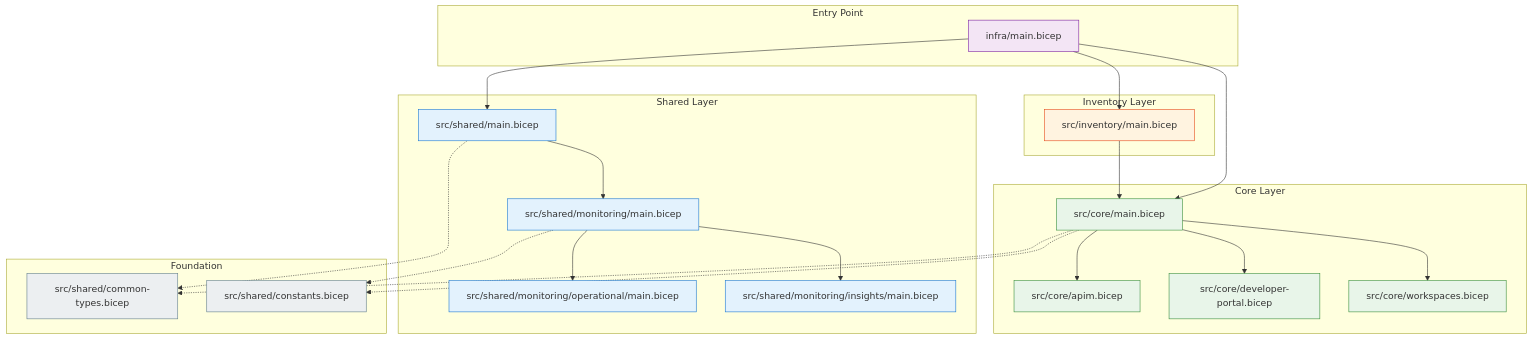
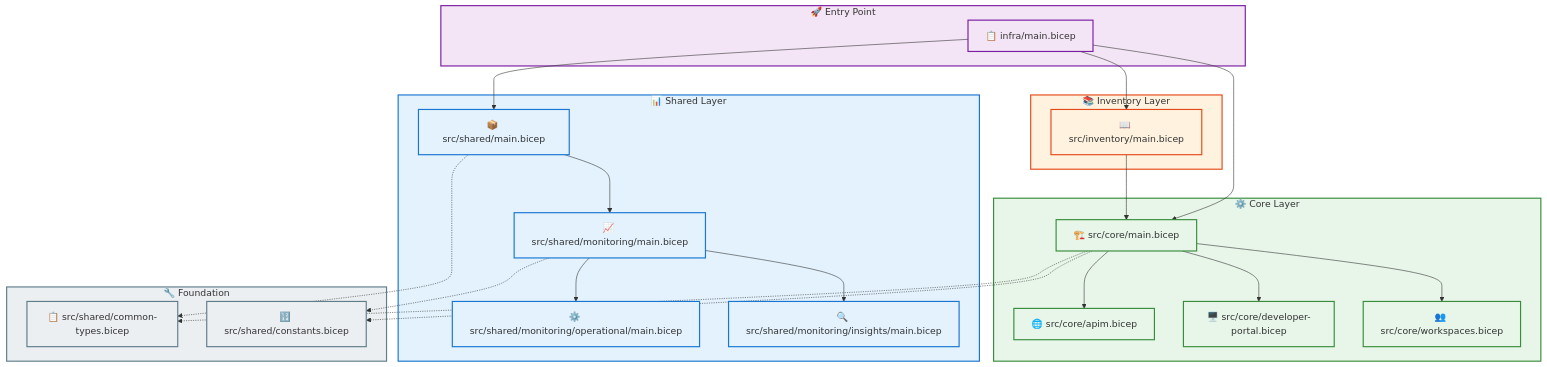
Before and after one commit to Evilazaro/APIM-Accelerator: the fourth of 6 diagrams in docs/architecture/Application_Architecture_Document_v2.md, drawn with Mermaid. The commit also changed other lines of this file and 1 other file, not shown here.

Commit message:
Enhance architecture documents with improved icons and formatting for clarity and visual appeal

````diff
--- a/docs/architecture/Application_Architecture_Document_v2.md
+++ b/docs/architecture/Application_Architecture_Document_v2.md
@@ -320,61 +320,78 @@
 ```mermaid
-graph TD
-    subgraph "Entry Point"
-        A[infra/main.bicep]
+%%{init: {"flowchart": {"htmlLabels": false}} }%%
+flowchart TD
+    %% ============================================
+    %% COLOR SCHEME DOCUMENTATION
+    %% ============================================
+    %% Entry Point: Purple (#F3E5F5) - Orchestration
+    %% Shared Layer: Blue (#E3F2FD) - Infrastructure
+    %% Core Layer: Green (#E8F5E9) - Platform
+    %% Inventory: Orange (#FFF3E0) - Governance
+    %% Foundation: Grey (#ECEFF1) - Utilities
+    %% ============================================
+
+    subgraph entryPoint["🚀 Entry Point"]
+        A["📋 infra/main.bicep"]
     end
 
-    subgraph "Shared Layer"
-        B[src/shared/main.bicep]
-        C[src/shared/monitoring/main.bicep]
-        D[src/shared/monitoring/operational/main.bicep]
-        E[src/shared/monitoring/insights/main.bicep]
+    subgraph sharedLayer["📊 Shared Layer"]
+        B["📦 src/shared/main.bicep"]
+        C["📈 src/shared/monitoring/main.bicep"]
+        D["⚙️ src/shared/monitoring/operational/main.bicep"]
+        E["🔍 src/shared/monitoring/insights/main.bicep"]
     end
 
-    subgraph "Core Layer"
-        F[src/core/main.bicep]
-        G[src/core/apim.bicep]
-        H[src/core/developer-portal.bicep]
-        I[src/core/workspaces.bicep]
+    subgraph coreLayer["⚙️ Core Layer"]
+        F["🏗️ src/core/main.bicep"]
+        G["🌐 src/core/apim.bicep"]
+        H["🖥️ src/core/developer-portal.bicep"]
+        I["👥 src/core/workspaces.bicep"]
     end
 
-    subgraph "Inventory Layer"
-        J[src/inventory/main.bicep]
+    subgraph inventoryLayer["📚 Inventory Layer"]
+        J["📖 src/inventory/main.bicep"]
     end
 
-    subgraph "Foundation"
-        K[src/shared/common-types.bicep]
-        L[src/shared/constants.bicep]
+    subgraph foundation["🔧 Foundation"]
+        K["📋 src/shared/common-types.bicep"]
+        L["🔢 src/shared/constants.bicep"]
     end
 
     A --> B
     A --> F
     A --> J
 
     B --> C
     C --> D
     C --> E
 
     F --> G
     F --> H
     F --> I
 
     J --> F
 
     F -.-> K
     F -.-> L
     B -.-> K
     C -.-> L
 
-    style A fill:#F3E5F5,stroke:#7B1FA2
-    style B fill:#E3F2FD,stroke:#1976D2
-    style C fill:#E3F2FD,stroke:#1976D2
-    style D fill:#E3F2FD,stroke:#1976D2
-    style E fill:#E3F2FD,stroke:#1976D2
-    style F fill:#E8F5E9,stroke:#388E3C
-    style G fill:#E8F5E9,stroke:#388E3C
-    style H fill:#E8F5E9,stroke:#388E3C
-    style I fill:#E8F5E9,stroke:#388E3C
-    style J fill:#FFF3E0,stroke:#E64A19
-    style K fill:#ECEFF1,stroke:#607D8B
-    style L fill:#ECEFF1,stroke:#607D8B
+    style entryPoint fill:#F3E5F5,stroke:#7B1FA2,stroke-width:2px
+    style sharedLayer fill:#E3F2FD,stroke:#1976D2,stroke-width:2px
+    style coreLayer fill:#E8F5E9,stroke:#388E3C,stroke-width:2px
+    style inventoryLayer fill:#FFF3E0,stroke:#E64A19,stroke-width:2px
+    style foundation fill:#ECEFF1,stroke:#607D8B,stroke-width:2px
+
+    style A fill:#F3E5F5,stroke:#7B1FA2,stroke-width:2px
+    style B fill:#E3F2FD,stroke:#1976D2,stroke-width:2px
+    style C fill:#E3F2FD,stroke:#1976D2,stroke-width:2px
+    style D fill:#E3F2FD,stroke:#1976D2,stroke-width:2px
+    style E fill:#E3F2FD,stroke:#1976D2,stroke-width:2px
+    style F fill:#E8F5E9,stroke:#388E3C,stroke-width:2px
+    style G fill:#E8F5E9,stroke:#388E3C,stroke-width:2px
+    style H fill:#E8F5E9,stroke:#388E3C,stroke-width:2px
+    style I fill:#E8F5E9,stroke:#388E3C,stroke-width:2px
+    style J fill:#FFF3E0,stroke:#E64A19,stroke-width:2px
+    style K fill:#ECEFF1,stroke:#607D8B,stroke-width:2px
+    style L fill:#ECEFF1,stroke:#607D8B,stroke-width:2px
 ```
````
